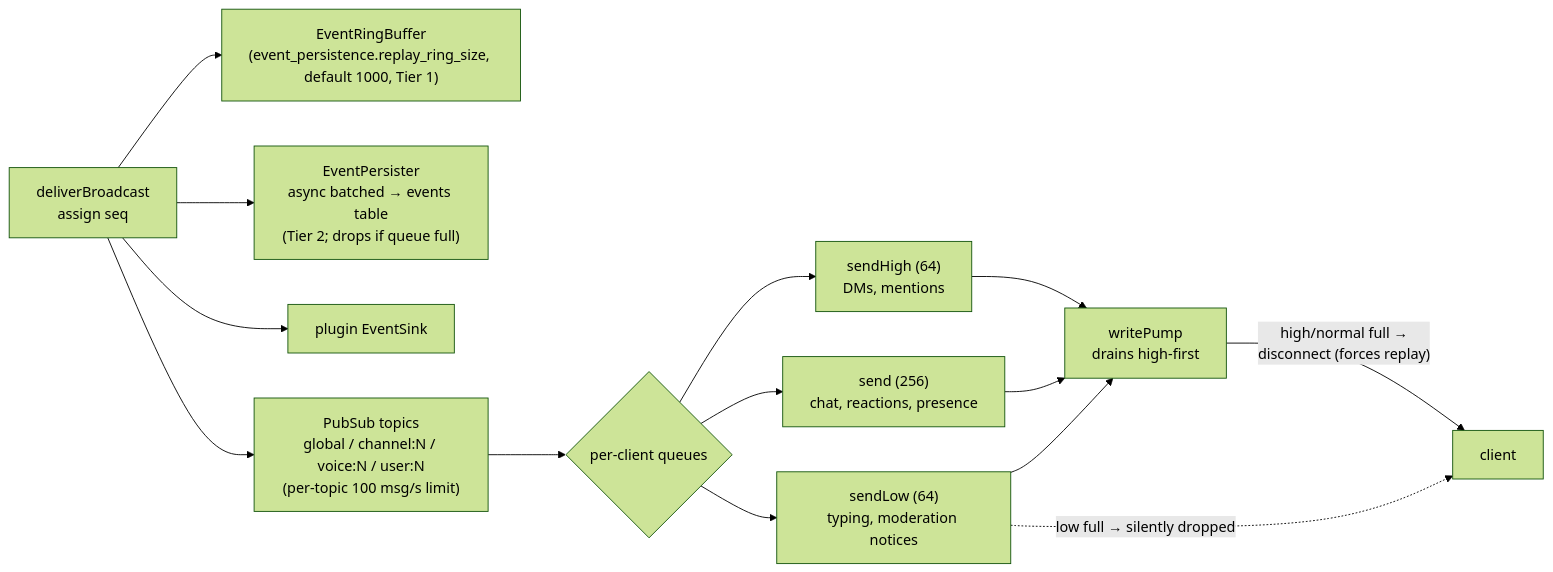
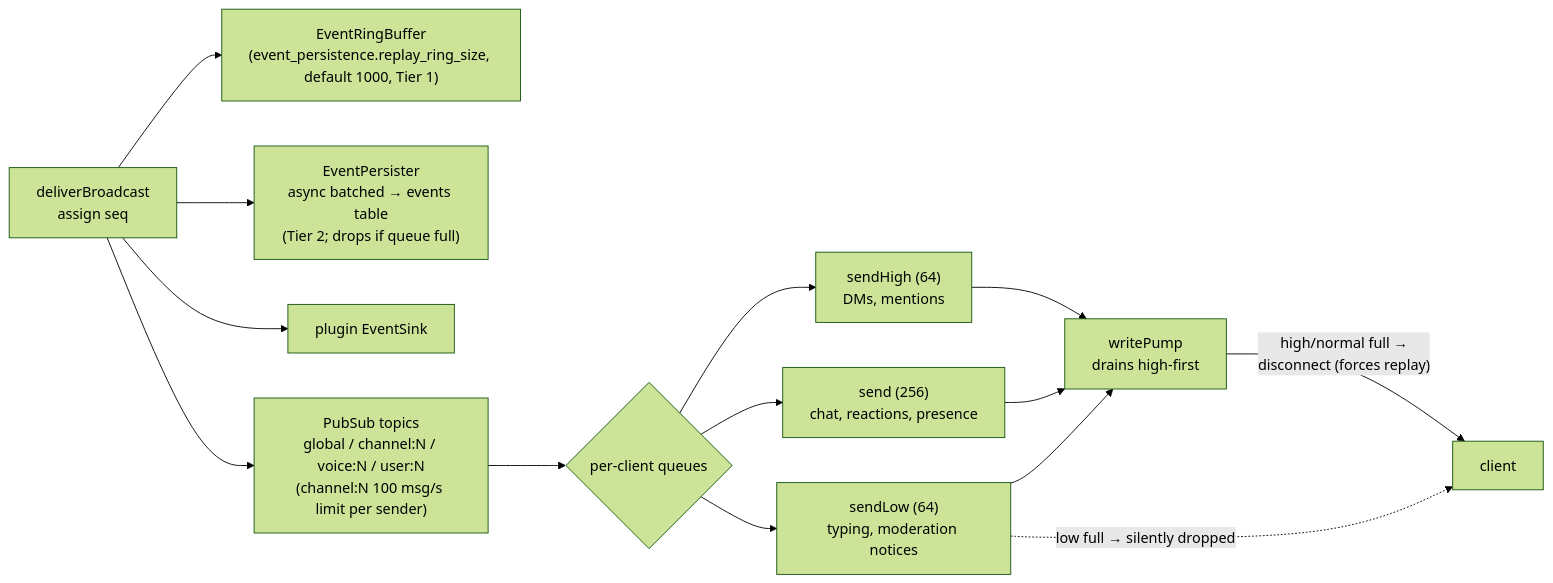
Before and after one commit to J3vb/OwnCord: the second of 3 diagrams in docs/architecture/websocket.md, drawn with Mermaid (forest theme). The commit also changed 4 other files, not shown here.

Commit message:
no-mistakes(document): Document per-sender channel topic limit

````diff
--- a/docs/architecture/websocket.md
+++ b/docs/architecture/websocket.md
@@ -68,16 +68,16 @@
 ```mermaid
 flowchart LR
     EV["deliverBroadcast<br/>assign seq"] --> RB["EventRingBuffer<br/>(event_persistence.replay_ring_size, default 1000, Tier 1)"]
     EV --> EP["EventPersister<br/>async batched → events table<br/>(Tier 2; drops if queue full)"]
     EV --> PLG["plugin EventSink"]
-    EV --> PS["PubSub topics<br/>global / channel:N / voice:N / user:N<br/>(per-topic 100 msg/s limit)"]
+    EV --> PS["PubSub topics<br/>global / channel:N / voice:N / user:N<br/>(channel:N 100 msg/s limit per sender)"]
     PS --> CH{"per-client queues"}
     CH --> HI["sendHigh (64)<br/>DMs, mentions"]
     CH --> NO["send (256)<br/>chat, reactions, presence"]
     CH --> LO["sendLow (64)<br/>typing, moderation notices"]
     HI --> WP["writePump<br/>drains high-first"]
     NO --> WP
     LO --> WP
     WP -->|"high/normal full →<br/>disconnect (forces replay)"| X["client"]
     LO -.->|"low full → silently dropped"| X
 ```
````
